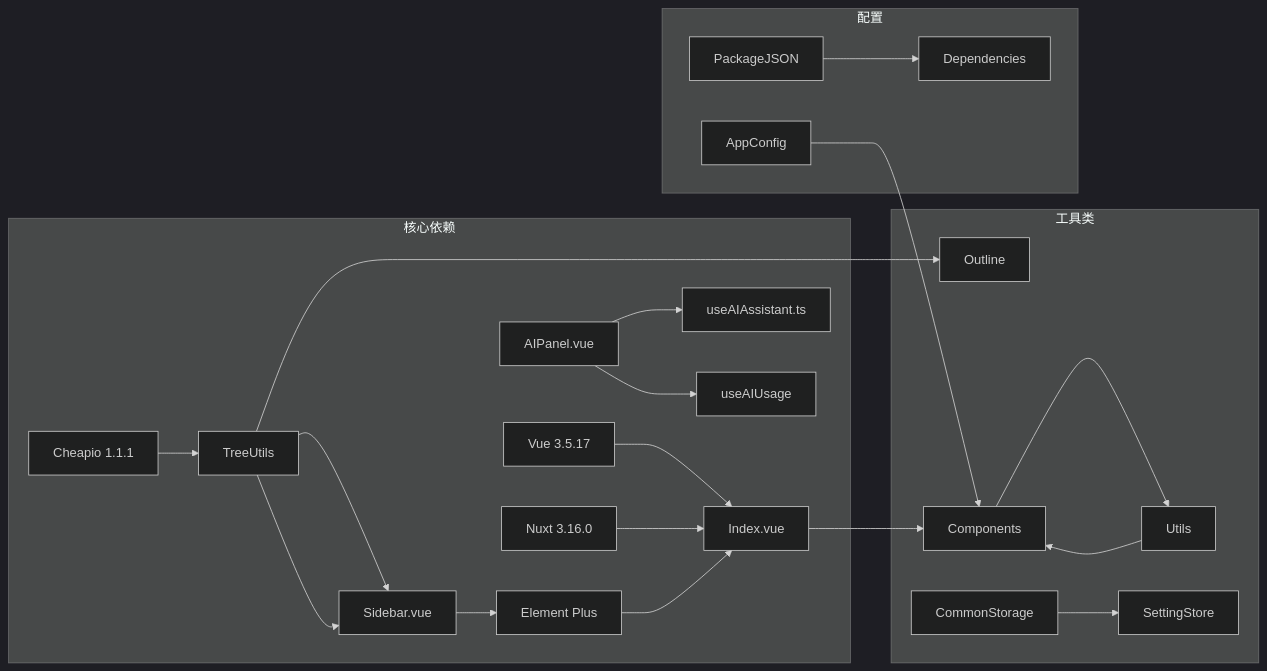
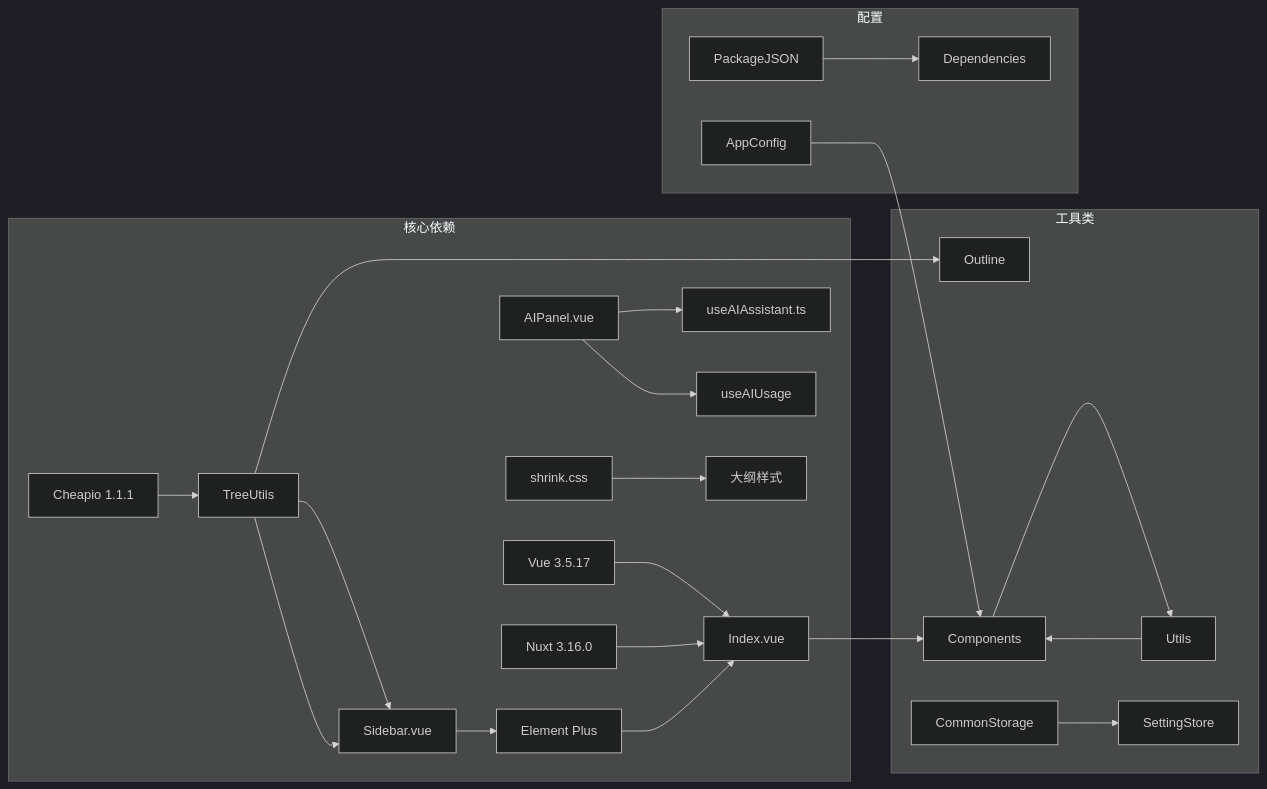
One commit to terwer/siyuan-plugin-blog changed the eighth of 8 diagrams in .qoder/repowiki/zh/content/Outline System.md. Above: the diagram before and after it, drawn with Mermaid (dark theme). The commit also changed other lines of this file and 3 other files, not shown here.

````diff
--- a/.qoder/repowiki/zh/content/Outline System.md
+++ b/.qoder/repowiki/zh/content/Outline System.md
@@ -606,25 +665,26 @@
 ```mermaid
 graph LR
 subgraph "核心依赖"
 Vue[Vue 3.5.17] --> Index[Index.vue]
 Nuxt[Nuxt 3.16.0] --> Index
 ElementPlus[Element Plus] --> Index
 Cheerio[Cheapio 1.1.1] --> TreeUtils[TreeUtils]
 AIPanel[AIPanel.vue] --> AIAssistant[useAIAssistant.ts]
 AIPanel --> AIUsage[useAIUsage]
 Sidebar[Sidebar.vue] --> ElementPlus
 TreeUtils --> Sidebar
+shrinkCSS[shrink.css] --> OutlineStyles[大纲样式]
 end
 subgraph "工具类"
 TreeUtils --> Sidebar
 TreeUtils --> Outline
 Utils --> Components
 CommonStorage --> SettingStore
 end
 subgraph "配置"
 AppConfig --> Components
 PackageJSON --> Dependencies
 end
 Index --> Components
 Components --> Utils
 ```
````
